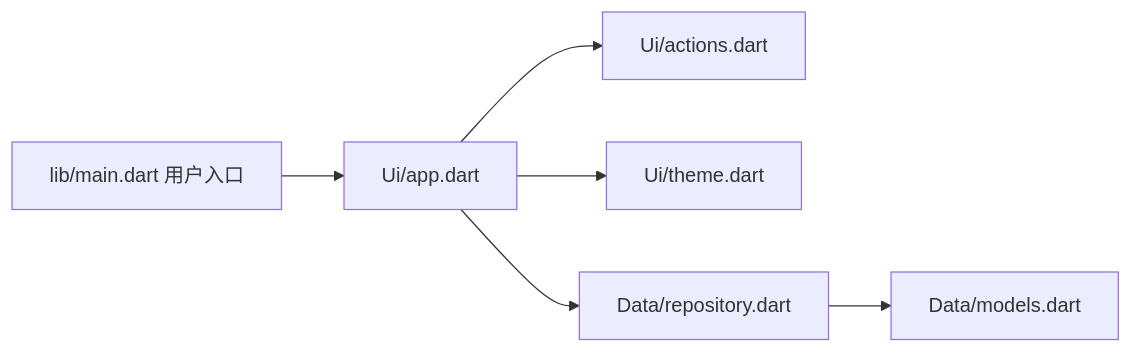
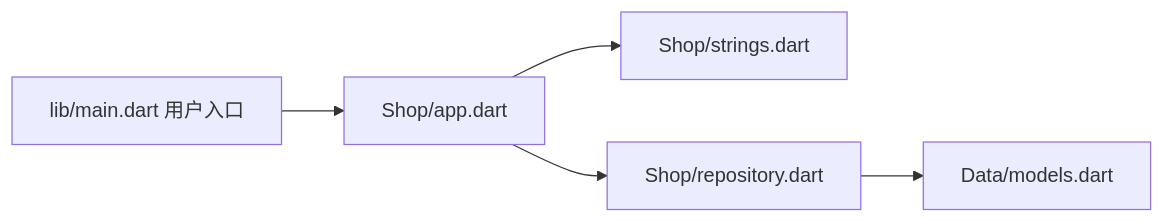
One commit to JobsKits/AcademicServices changed the diagram in 代码/前端/移动端/Flutter/代码地图/代码地图.md. Above: the diagram before and after it, drawn with Mermaid. The commit also changed other lines of this file and 157 other files, not shown here.

````diff
--- a/代码/前端/移动端/Flutter/代码地图/代码地图.md
+++ b/代码/前端/移动端/Flutter/代码地图/代码地图.md
@@ -28,8 +31,7 @@
 ```mermaid
 flowchart LR
-    Main[lib/main.dart 用户入口] --> App[Ui/app.dart]
-    App --> Actions[Ui/actions.dart]
-    App --> Theme[Ui/theme.dart]
-    App --> Repository[Data/repository.dart]
+    Main[lib/main.dart 用户入口] --> App[Shop/app.dart]
+    App --> Text[Shop/strings.dart]
+    App --> Repository[Shop/repository.dart]
     Repository --> Models[Data/models.dart]
 ```
````
